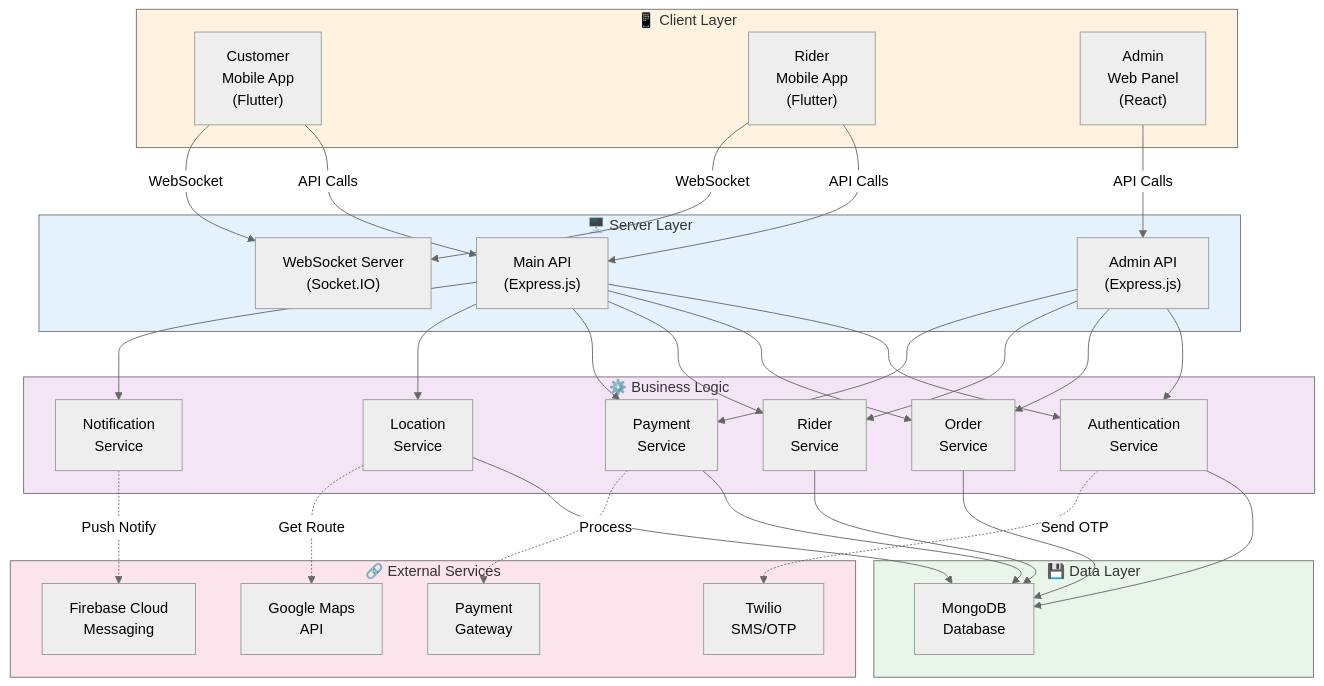
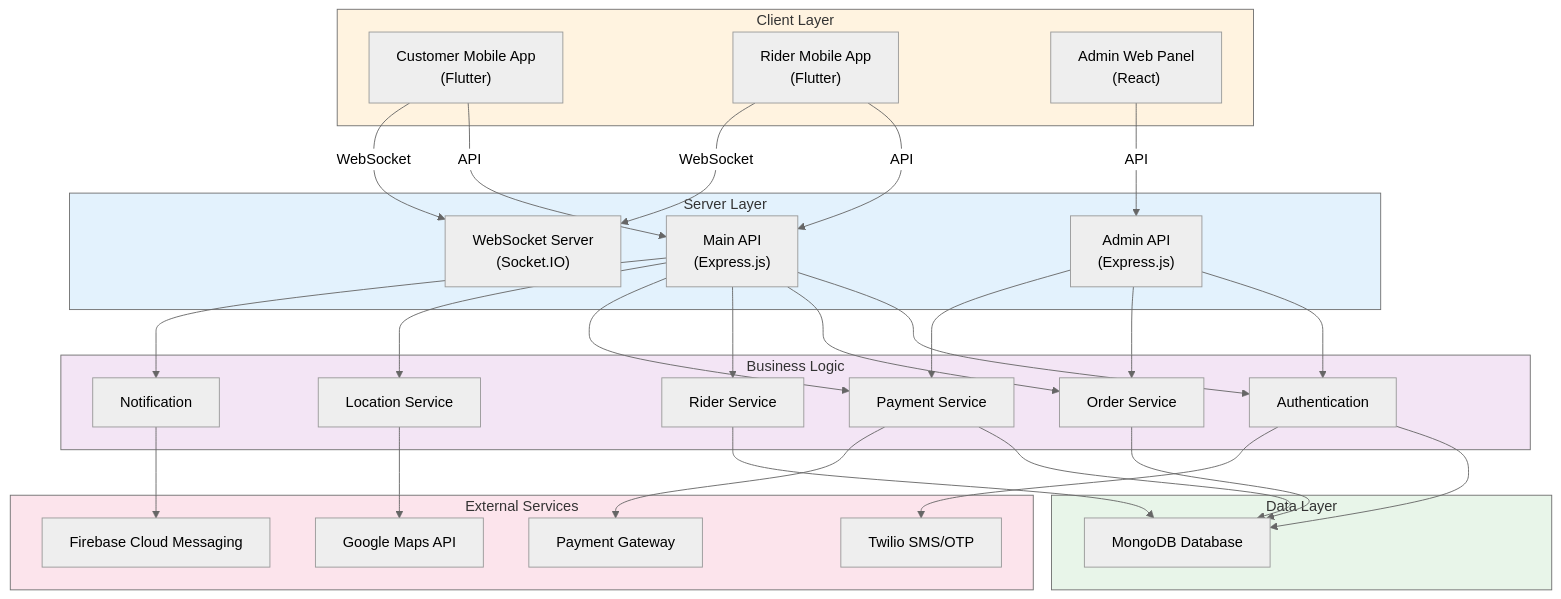
The fifth of 6 diagrams in README.md (piyu1809/Redmi.md), drawn with Mermaid (neutral theme) before and after one commit. The commit also changed other lines of this file, not shown here.

Commit message:
Refactor component and entity-relationship diagrams

````diff
--- a/README.md
+++ b/README.md
@@ -699,70 +699,63 @@
 ```mermaid
 graph TB
-    subgraph Client["📱 Client Layer"]
-        CApp["Customer<br/>Mobile App<br/>(Flutter)"]
-        RApp["Rider<br/>Mobile App<br/>(Flutter)"]
-        Admin["Admin<br/>Web Panel<br/>(React)"]
+    subgraph Client["Client Layer"]
+        CApp["Customer Mobile App<br/>(Flutter)"]
+        RApp["Rider Mobile App<br/>(Flutter)"]
+        Admin["Admin Web Panel<br/>(React)"]
     end
     
-    subgraph Server["🖥️ Server Layer"]
+    subgraph Server["Server Layer"]
         API["Main API<br/>(Express.js)"]
         AdminAPI["Admin API<br/>(Express.js)"]
         WS["WebSocket Server<br/>(Socket.IO)"]
     end
     
-    subgraph Business["⚙️ Business Logic"]
-        Auth["Authentication<br/>Service"]
-        Order["Order<br/>Service"]
-        Rider["Rider<br/>Service"]
-        Payment["Payment<br/>Service"]
-        Location["Location<br/>Service"]
-        Notification["Notification<br/>Service"]
+    subgraph Business["Business Logic"]
+        Auth["Authentication"]
+        Order["Order Service"]
+        RiderSvc["Rider Service"]
+        Payment["Payment Service"]
+        Location["Location Service"]
+        Notification["Notification"]
     end
     
-    subgraph Data["💾 Data Layer"]
-        MongoDB["MongoDB<br/>Database"]
+    subgraph Data["Data Layer"]
+        MongoDB["MongoDB Database"]
     end
     
-    subgraph External["🔗 External Services"]
-        PaymentGW["Payment<br/>Gateway"]
-        Twilio["Twilio<br/>SMS/OTP"]
-        GoogleMaps["Google Maps<br/>API"]
-        FCM["Firebase Cloud<br/>Messaging"]
+    subgraph External["External Services"]
+        PaymentGW["Payment Gateway"]
+        Twilio["Twilio SMS/OTP"]
+        GoogleMaps["Google Maps API"]
+        FCM["Firebase Cloud Messaging"]
     end
     
-    CApp -->|API Calls| API
-    RApp -->|API Calls| API
-    Admin -->|API Calls| AdminAPI
-    
+    CApp -->|API| API
+    RApp -->|API| API
+    Admin -->|API| AdminAPI
     CApp -->|WebSocket| WS
     RApp -->|WebSocket| WS
-    
     API --> Auth
     API --> Order
-    API --> Rider
+    API --> RiderSvc
     API --> Payment
     API --> Location
     API --> Notification
-    
     AdminAPI --> Auth
     AdminAPI --> Order
-    AdminAPI --> Rider
     AdminAPI --> Payment
-    
     Auth --> MongoDB
     Order --> MongoDB
-    Rider --> MongoDB
+    RiderSvc --> MongoDB
     Payment --> MongoDB
-    Location --> MongoDB
-    
-    Payment -.->|Process| PaymentGW
-    Auth -.->|Send OTP| Twilio
-    Location -.->|Get Route| GoogleMaps
-    Notification -.->|Push Notify| FCM
+    Payment --> PaymentGW
+    Auth --> Twilio
+    Location --> GoogleMaps
+    Notification --> FCM
     
     style Client fill:#fff3e0
     style Server fill:#e3f2fd
     style Business fill:#f3e5f5
     style Data fill:#e8f5e9
     style External fill:#fce4ec
 ```
````
